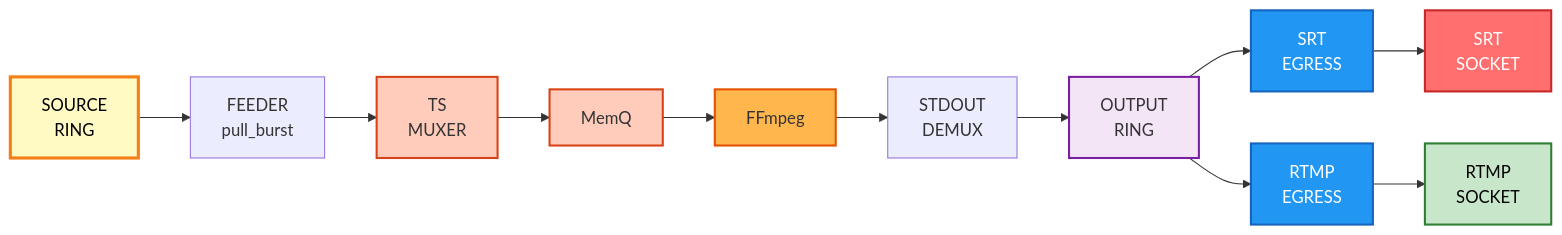
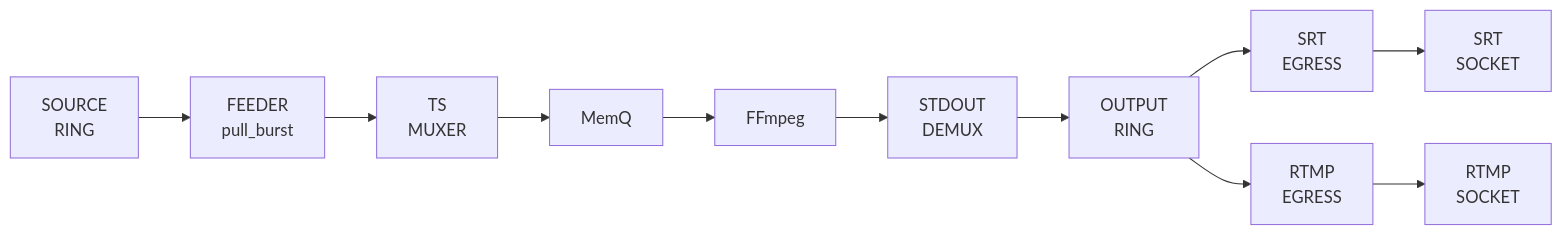
Before and after one commit to krsna1729/restream: diagram 16 of 24 in docs/run-to-completion-analysis.md, drawn with Mermaid. The commit also changed other lines of this file and 6 other files, not shown here.

First line of the commit message:
docs: retire duplicate SVG and styled diagram variants

````diff
--- a/docs/run-to-completion-analysis.md
+++ b/docs/run-to-completion-analysis.md
@@ -652,17 +534,7 @@
 ```mermaid
-graph LR
+flowchart LR
     A["SOURCE<br/>RING"] --> B["FEEDER<br/>pull_burst"] --> C["TS<br/>MUXER"] --> D["MemQ"] --> E["FFmpeg"]
     E --> F["STDOUT<br/>DEMUX"] --> G["OUTPUT<br/>RING"]
     G --> H["SRT<br/>EGRESS"] --> I["SRT<br/>SOCKET"]
     G --> J["RTMP<br/>EGRESS"] --> K["RTMP<br/>SOCKET"]
-    
-    style A fill:#fff9c4,stroke:#f57f17,stroke-width:3px,color:#000
-    style C fill:#ffccbc,stroke:#d84315,stroke-width:2px,color:#333
-    style D fill:#ffccbc,stroke:#d84315,stroke-width:2px,color:#333
-    style E fill:#ffb74d,stroke:#e65100,stroke-width:2px,color:#333
-    style G fill:#f3e5f5,stroke:#7b1fa2,stroke-width:2px,color:#333
-    style H fill:#2196f3,stroke:#1565c0,stroke-width:2px,color:#fff
-    style J fill:#2196f3,stroke:#1565c0,stroke-width:2px,color:#fff
-    style I fill:#ff6f6f,stroke:#c62828,stroke-width:2px,color:#fff
-    style K fill:#c8e6c9,stroke:#2e7d32,stroke-width:2px,color:#000
 ```
````
